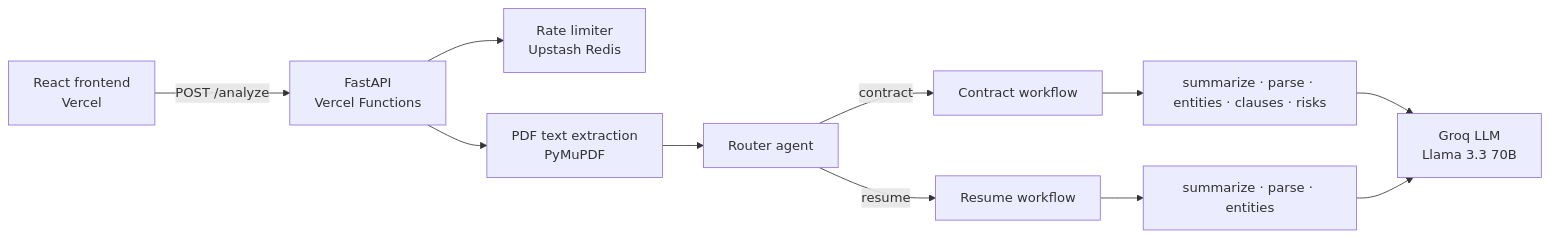
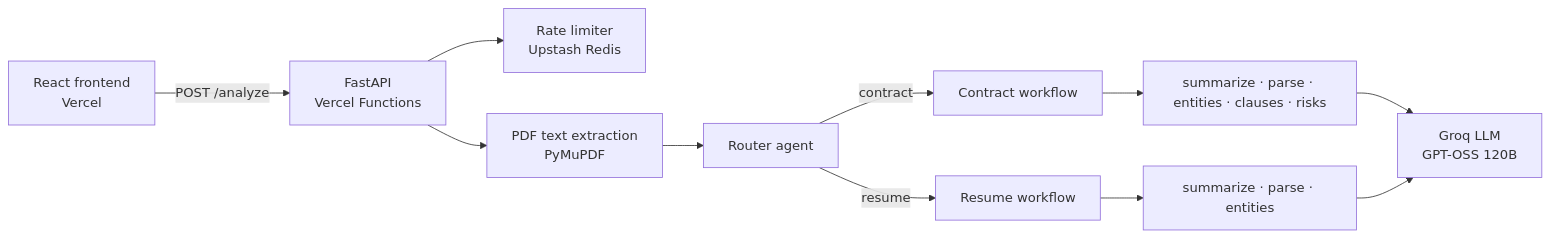
The diagram in README.md (slayplayagrima/ParseMind), drawn with Mermaid before and after one commit. The commit also changed other lines of this file, not shown here.

Commit message:
docs: update README for gpt-oss-120b model and live API URL

````diff
--- a/README.md
+++ b/README.md
@@ -20,13 +20,13 @@
 ```mermaid
 flowchart LR
     U[React frontend<br/>Vercel] -->|POST /analyze| A[FastAPI<br/>Vercel Functions]
     A --> RL[Rate limiter<br/>Upstash Redis]
     A --> P[PDF text extraction<br/>PyMuPDF]
     P --> R[Router agent]
     R -->|contract| CW[Contract workflow]
     R -->|resume| RW[Resume workflow]
     CW --> S1[summarize · parse · entities · clauses · risks]
     RW --> S2[summarize · parse · entities]
-    S1 --> G[Groq LLM<br/>Llama 3.3 70B]
+    S1 --> G[Groq LLM<br/>GPT-OSS 120B]
     S2 --> G
 ```
````
